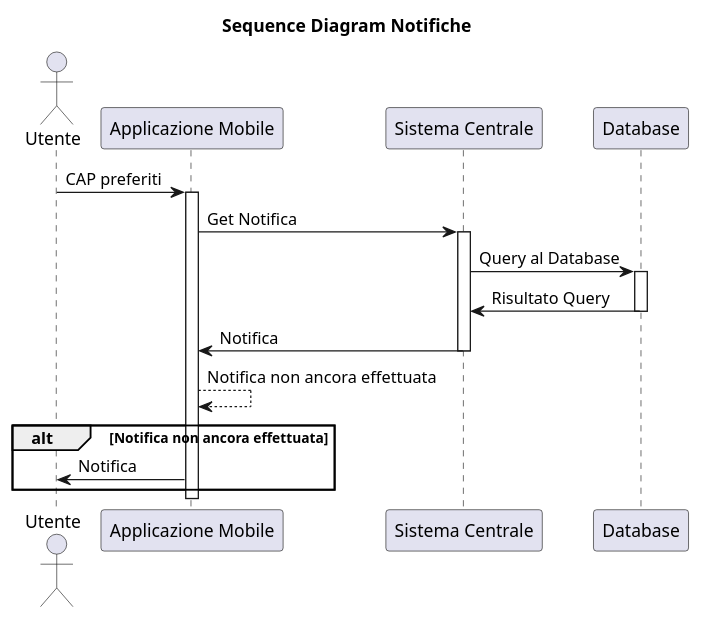
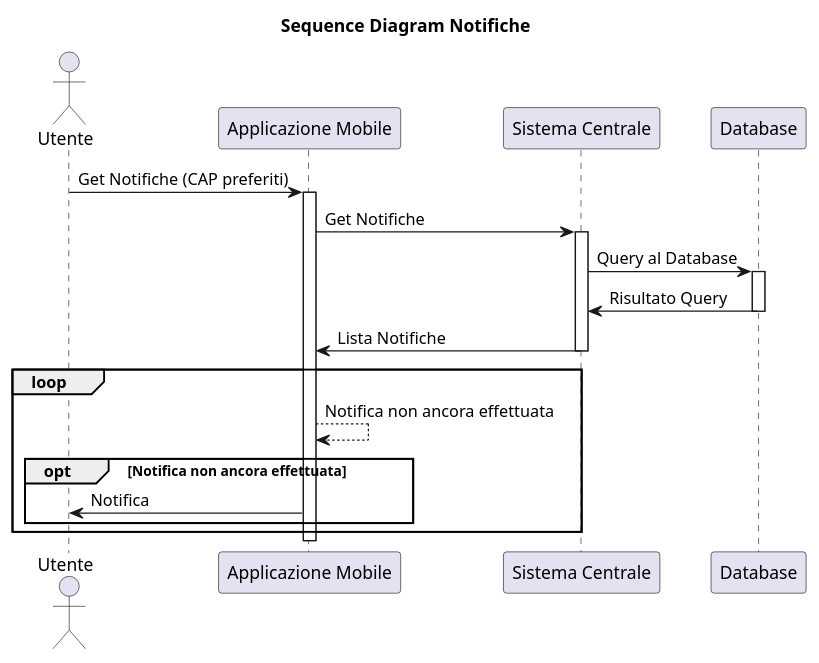
The diagram in docs/diagrams/sequence/notifiche.puml (xFA25E/sweng_14_2019), drawn with PlantUML before and after one commit. The commit also changed 3 other files, not shown here.

Commit message:
Sequence Diagrams update

```diff
--- a/docs/diagrams/sequence/notifiche.puml
+++ b/docs/diagrams/sequence/notifiche.puml
@@ -1,26 +1,29 @@
 @startuml
 title Sequence Diagram Notifiche
 actor Utente
 
-Utente -> "Applicazione Mobile": CAP preferiti
+Utente -> "Applicazione Mobile": Get Notifiche (CAP preferiti)
 activate "Applicazione Mobile"
 
-"Applicazione Mobile" -> "Sistema Centrale": Get Notifica
+"Applicazione Mobile" -> "Sistema Centrale": Get Notifiche
 activate "Sistema Centrale"
 
 "Sistema Centrale" -> "Database": Query al Database
 activate "Database"
 
 "Database" -> "Sistema Centrale": Risultato Query
 deactivate "Database"
 
-"Sistema Centrale" -> "Applicazione Mobile": Notifica
+"Sistema Centrale" -> "Applicazione Mobile": Lista Notifiche
 deactivate "Sistema Centrale"
 
+loop
 "Applicazione Mobile" --> "Applicazione Mobile": Notifica non ancora effettuata
 
-alt Notifica non ancora effettuata
+opt Notifica non ancora effettuata
 	"Applicazione Mobile" -> Utente: Notifica
 end
+end
+
 deactivate "Applicazione Mobile"
 @enduml
```
